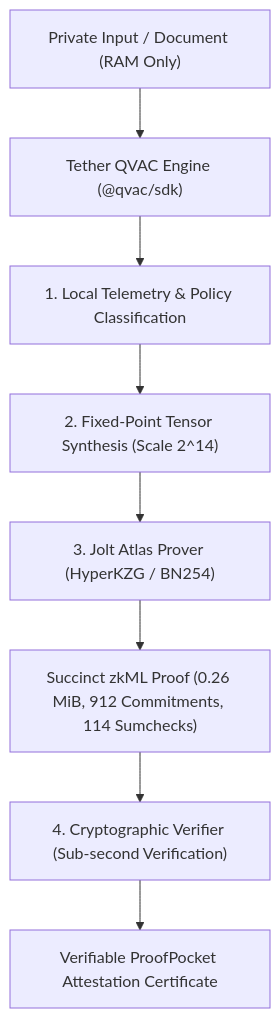
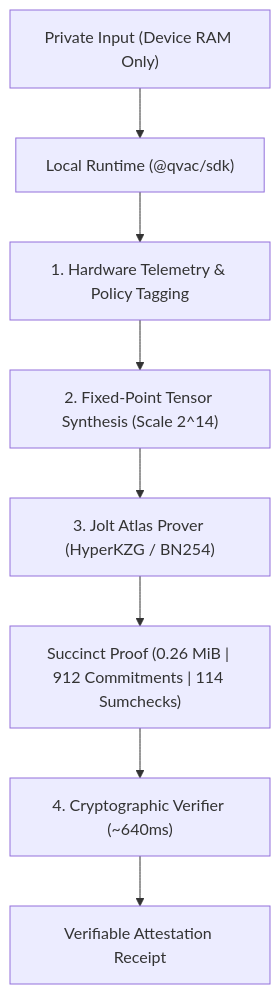
The diagram in README.md (Kim8584/ookweli.ai), drawn with Mermaid before and after one commit. The commit also changed other lines of this file, not shown here.

Commit message:
docs: reframe README as research & local-first zkML workbench

````diff
--- a/README.md
+++ b/README.md
@@ -23,10 +23,10 @@
 ```mermaid
 flowchart TD
-    UserDoc["Private Input / Document (RAM Only)"] --> QVAC["Tether QVAC Engine (@qvac/sdk)"]
-    QVAC --> LocalAnalysis["1. Local Telemetry & Policy Classification"]
+    UserDoc["Private Input (Device RAM Only)"] --> QVAC["Local Runtime (@qvac/sdk)"]
+    QVAC --> LocalAnalysis["1. Hardware Telemetry & Policy Tagging"]
     LocalAnalysis --> TensorBinding["2. Fixed-Point Tensor Synthesis (Scale 2^14)"]
     TensorBinding --> JoltProver["3. Jolt Atlas Prover (HyperKZG / BN254)"]
-    JoltProver --> Proof["Succinct zkML Proof (0.26 MiB, 912 Commitments, 114 Sumchecks)"]
-    Proof --> Verifier["4. Cryptographic Verifier (Sub-second Verification)"]
-    Verifier --> Cert["Verifiable ProofPocket Attestation Certificate"]
+    JoltProver --> Proof["Succinct Proof (0.26 MiB | 912 Commitments | 114 Sumchecks)"]
+    Proof --> Verifier["4. Cryptographic Verifier (~640ms)"]
+    Verifier --> Cert["Verifiable Attestation Receipt"]
 ```
````
